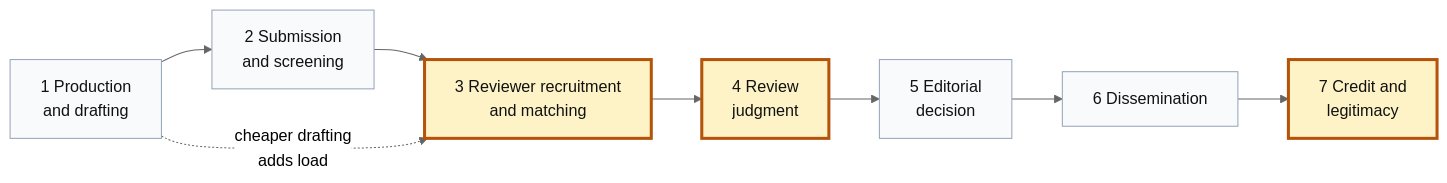
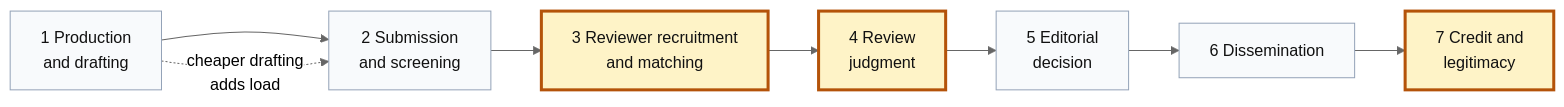
The second of 3 diagrams in docs/critical-paths.md (dsendor/science-gap-map-analysis), drawn with Mermaid (neutral theme) before and after one commit. The commit also changed other lines of this file and 10 other files, not shown here.

````diff
--- a/docs/critical-paths.md
+++ b/docs/critical-paths.md
@@ -90,15 +112,15 @@
 ```mermaid
 flowchart LR
     P1["1 Production<br/>and drafting"] --> P2["2 Submission<br/>and screening"]
     P2 --> P3["3 Reviewer recruitment<br/>and matching"]
     P3 --> P4["4 Review<br/>judgment"]
     P4 --> P5["5 Editorial<br/>decision"]
     P5 --> P6["6 Dissemination"]
     P6 --> P7["7 Credit and<br/>legitimacy"]
-    P1 -. "cheaper drafting<br/>adds load" .-> P3
+    P1 -. "cheaper drafting<br/>adds load" .-> P2
 
     classDef binding stroke-width:3px,stroke:#b45309,fill:#fef3c7,color:#111
     classDef free stroke-width:1px,stroke:#94a3b8,fill:#f8fafc,color:#111
     class P3,P4,P7 binding
     class P1,P2,P5,P6 free
 ```
````
